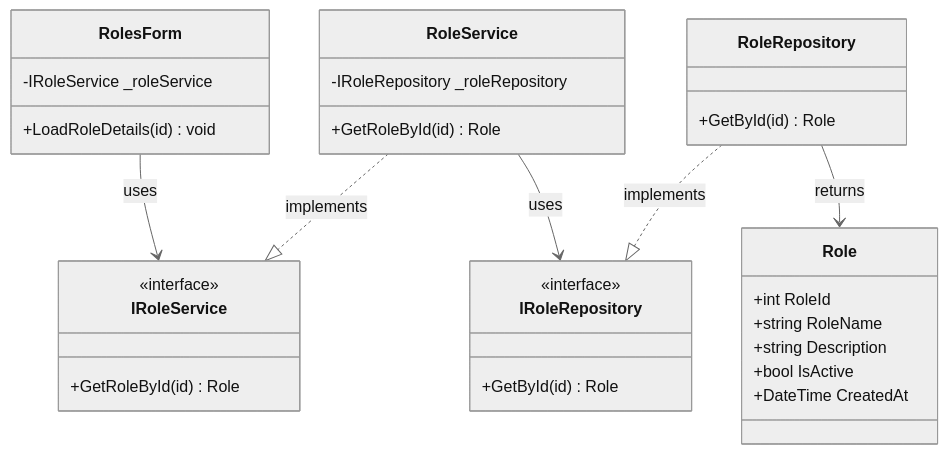
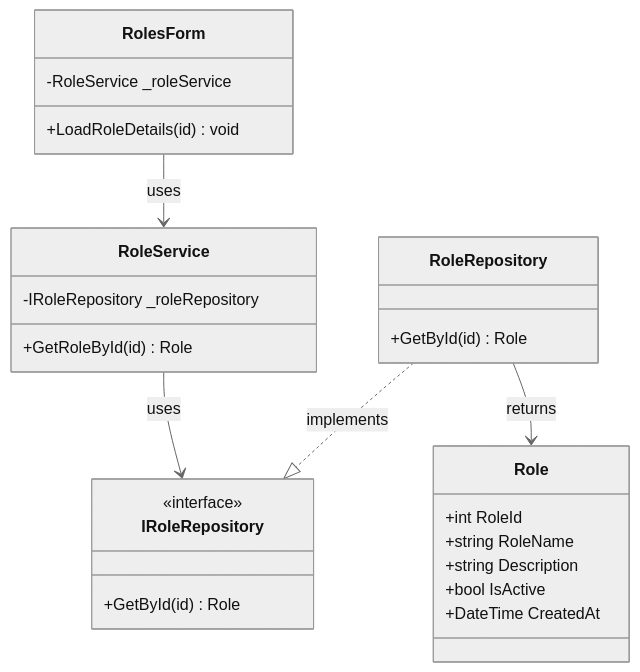
Before and after one commit to nahuk86/tp_diploma_nk_2026: diagram 13 of 18 in Documentation/UML_Diagrams/20_Roles_UseCases.md, drawn with Mermaid (neutral theme). The commit also changed other lines of this file and 1 other file, not shown here.

First line of the commit message:
docs: remove non-existent IUserService and IRoleService interface references

````diff
--- a/Documentation/UML_Diagrams/20_Roles_UseCases.md
+++ b/Documentation/UML_Diagrams/20_Roles_UseCases.md
@@ -497,40 +457,34 @@
 ```mermaid
 classDiagram
     class RolesForm {
-        -IRoleService _roleService
+        -RoleService _roleService
         +LoadRoleDetails(id) void
-    }
-
-    class IRoleService {
-        <<interface>>
-        +GetRoleById(id) Role
     }
 
     class RoleService {
         -IRoleRepository _roleRepository
         +GetRoleById(id) Role
     }
 
     class IRoleRepository {
         <<interface>>
         +GetById(id) Role
     }
 
     class RoleRepository {
         +GetById(id) Role
     }
 
     class Role {
         +int RoleId
         +string RoleName
         +string Description
         +bool IsActive
         +DateTime CreatedAt
     }
 
-    RolesForm --> IRoleService : uses
-    RoleService ..|> IRoleService : implements
+    RolesForm --> RoleService : uses
     RoleService --> IRoleRepository : uses
     RoleRepository ..|> IRoleRepository : implements
     RoleRepository --> Role : returns
 ```
````
